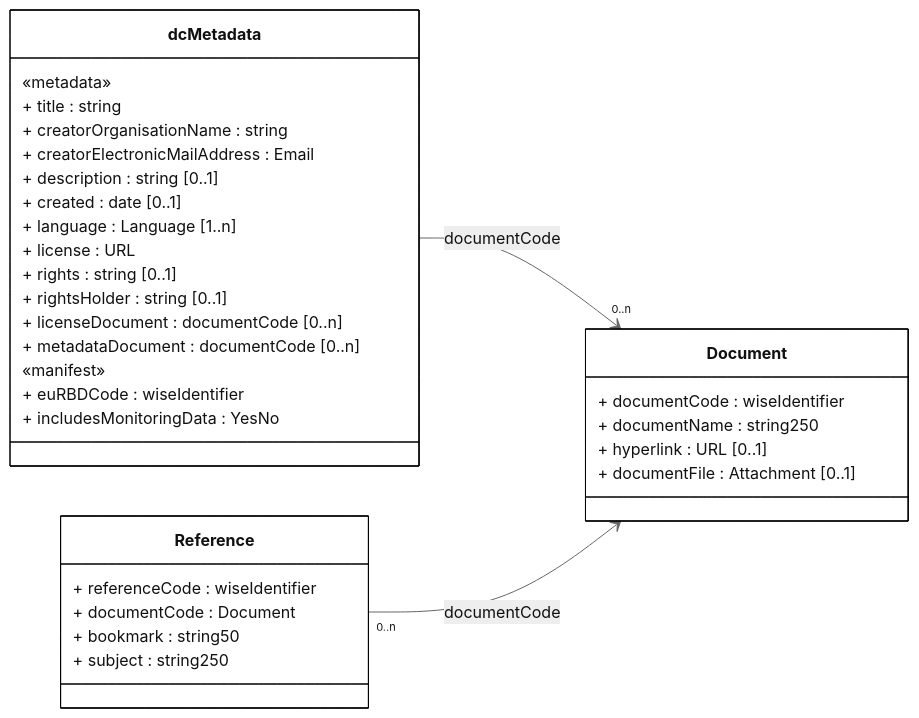
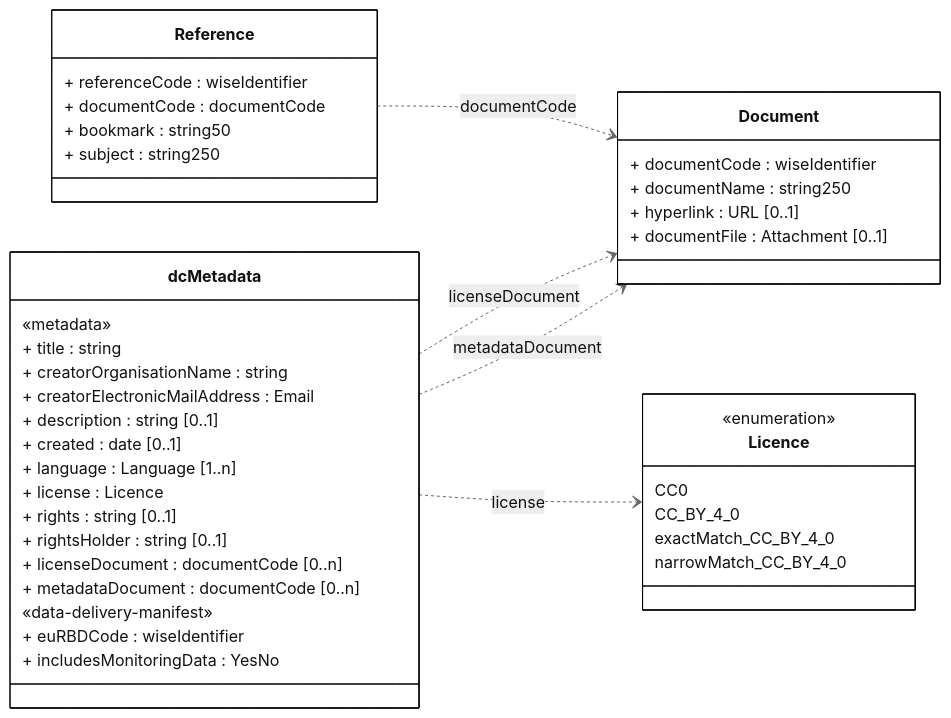
One commit to eeadata/WISE.WFD.Documentation changed the diagram in docs/DataModelReview/mmd/GroundWaterMethodologies_4thCycle_Documents_ClassDiagram.mmd. Above: the diagram before and after it, drawn with Mermaid. The commit also changed 3 other files, not shown here.

```diff
--- a/docs/DataModelReview/mmd/GroundWaterMethodologies_4thCycle_Documents_ClassDiagram.mmd
+++ b/docs/DataModelReview/mmd/GroundWaterMethodologies_4thCycle_Documents_ClassDiagram.mmd
@@ -1,49 +1,58 @@
 ---
 config:
   class:
     hideEmptyMembersBox: true
   layout: dagre
   theme: neutral
 ---
 classDiagram
 direction LR
 
 class dcMetadata {
 
 «metadata»
 + title : string
 + creatorOrganisationName : string
 + creatorElectronicMailAddress : Email
 + description : string [0..1]
 + created : date [0..1]
 + language : Language [1..n]
-+ license : URL
++ license : Licence
 + rights : string [0..1]
 + rightsHolder : string [0..1]
 + licenseDocument : documentCode [0..n]
 + metadataDocument : documentCode [0..n]
 
-«manifest»
+«data-delivery-manifest»
 + euRBDCode : wiseIdentifier
 + includesMonitoringData : YesNo
 }
 
 class Reference {
   + referenceCode : wiseIdentifier
-  + documentCode : Document
+  + documentCode : documentCode
   + bookmark : string50
   + subject : string250 
 }
 
 class Document {
 + documentCode : wiseIdentifier
 + documentName : string250
 + hyperlink : URL [0..1]
 + documentFile : Attachment [0..1]
 }
 
-dcMetadata --> "0..n" Document : documentCode
-Reference "0..n" --> Document : documentCode
+class Licence{
+  <<enumeration>>
+  CC0
+  CC_BY_4_0
+  exactMatch_CC_BY_4_0
+  narrowMatch_CC_BY_4_0
+}
 
+Reference  ..> Document : documentCode
+dcMetadata ..> Document : licenseDocument
+dcMetadata ..> Document : metadataDocument
+dcMetadata ..> Licence : license
 classDef default fill:white,stroke:#000;
 classDef forFixing fill:white,stroke:#f00;
```
